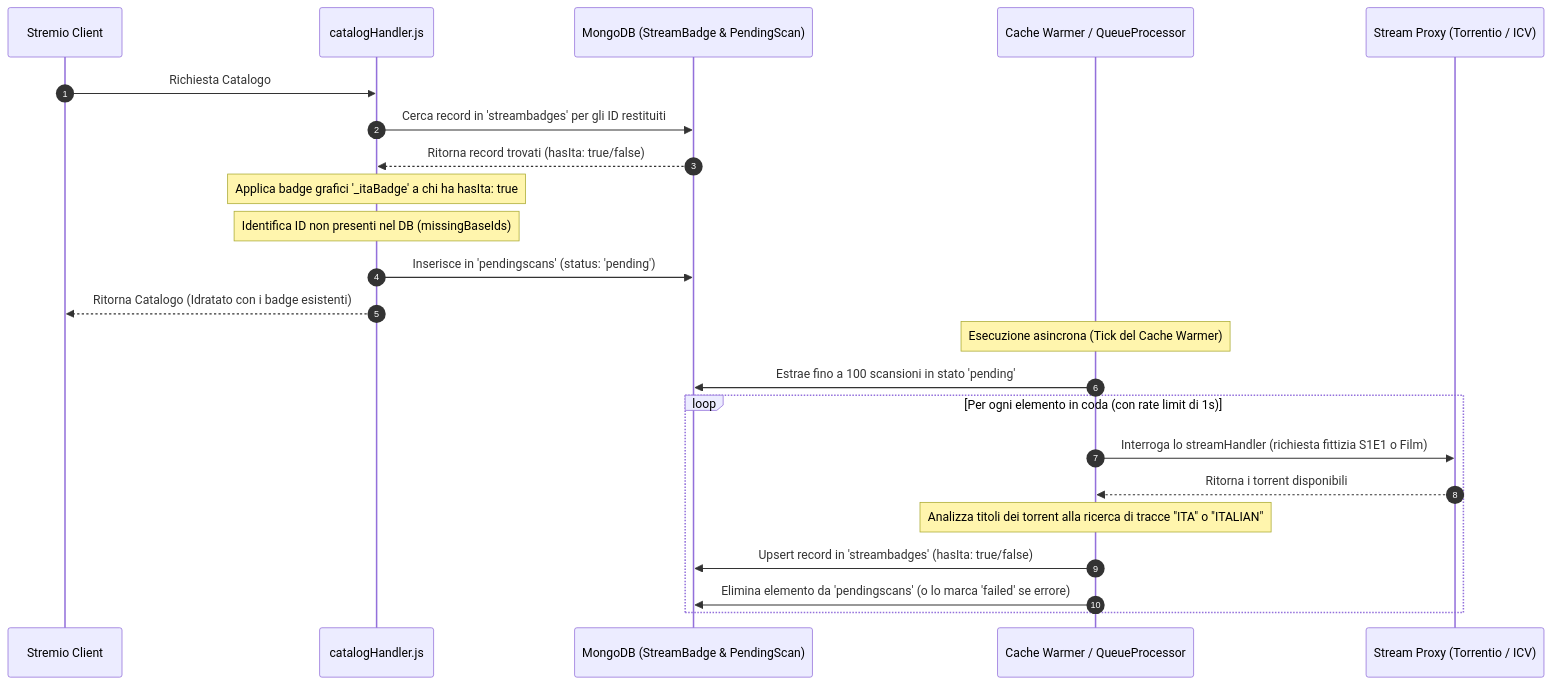
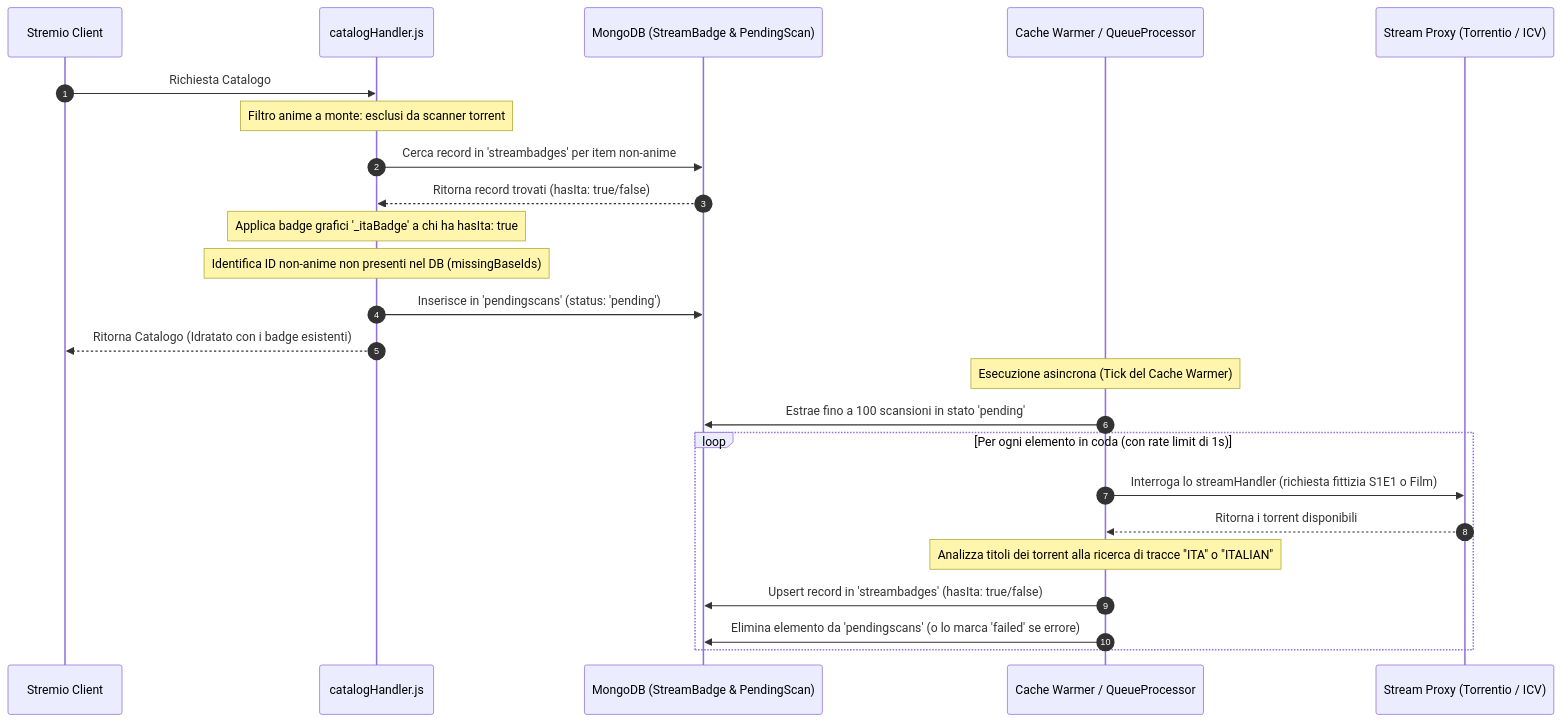
The third of 3 diagrams in docs/CATALOG_LOGIC.md (gabrielefuoco/YACA), drawn with Mermaid before and after one commit. The commit also changed other lines of this file and 25 other files, not shown here.

````diff
--- a/docs/CATALOG_LOGIC.md
+++ b/docs/CATALOG_LOGIC.md
@@ -140,27 +151,28 @@
 ```mermaid
 sequenceDiagram
     autonumber
     participant Client as Stremio Client
     participant CH as catalogHandler.js
     participant DB as MongoDB (StreamBadge & PendingScan)
     participant W as Cache Warmer / QueueProcessor
     participant P as Stream Proxy (Torrentio / ICV)
 
     Client->>CH: Richiesta Catalogo
-    CH->>DB: Cerca record in 'streambadges' per gli ID restituiti
+    Note over CH: Filtro anime a monte: esclusi da scanner torrent
+    CH->>DB: Cerca record in 'streambadges' per item non-anime
     DB-->>CH: Ritorna record trovati (hasIta: true/false)
     Note over CH: Applica badge grafici '_itaBadge' a chi ha hasIta: true
-    Note over CH: Identifica ID non presenti nel DB (missingBaseIds)
+    Note over CH: Identifica ID non-anime non presenti nel DB (missingBaseIds)
     CH->>DB: Inserisce in 'pendingscans' (status: 'pending')
     CH-->>Client: Ritorna Catalogo (Idratato con i badge esistenti)
     
     Note over W: Esecuzione asincrona (Tick del Cache Warmer)
     W->>DB: Estrae fino a 100 scansioni in stato 'pending'
     loop Per ogni elemento in coda (con rate limit di 1s)
         W->>P: Interroga lo streamHandler (richiesta fittizia S1E1 o Film)
         P-->>W: Ritorna i torrent disponibili
         Note over W: Analizza titoli dei torrent alla ricerca di tracce "ITA" o "ITALIAN"
         W->>DB: Upsert record in 'streambadges' (hasIta: true/false)
         W->>DB: Elimina elemento da 'pendingscans' (o lo marca 'failed' se errore)
     end
 ```
````
